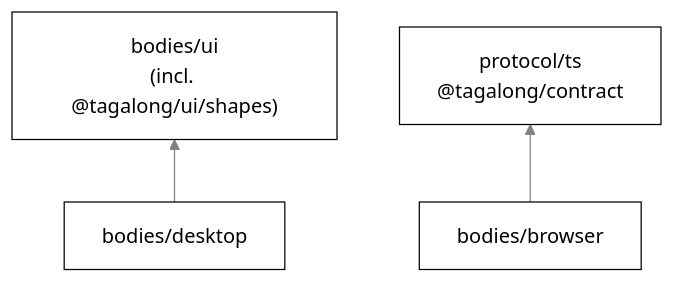
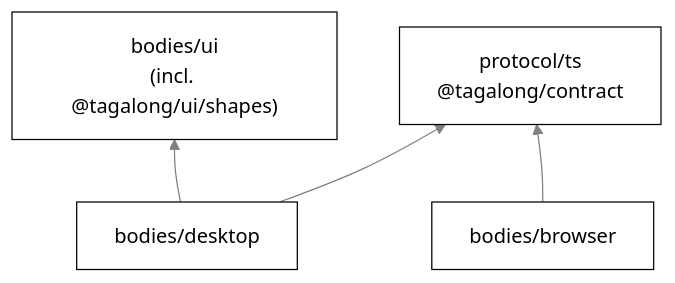
One commit to nadeem4/tagalong changed the second of 3 diagrams in docs/architecture.md. Above: the diagram before and after it, drawn with Mermaid. The commit also changed other lines of this file and 3 other files, not shown here.

Commit message:
docs: fix architecture rows and diagram, drop stale turn.warning and pageText, refresh phase skill (13d)

````diff
--- a/docs/architecture.md
+++ b/docs/architecture.md
@@ -87,10 +87,11 @@
 ```mermaid
 %%{init: {"theme": "base", "themeVariables": {"primaryColor": "#ffffff", "primaryTextColor": "#000000", "primaryBorderColor": "#000000", "lineColor": "#808080", "secondaryColor": "#f2f2f2", "tertiaryColor": "#ffffff", "clusterBkg": "#f7f7f7", "clusterBorder": "#808080", "edgeLabelBackground": "#ffffff", "titleColor": "#808080", "fontFamily": "Segoe UI, Helvetica, Arial, sans-serif"}}}%%
 flowchart BT
   U["bodies/ui<br>(incl. @tagalong/ui/shapes)"]
   D["bodies/desktop"]
   X["bodies/browser"]
   D --> U
+  D --> K
   K["protocol/ts<br>@tagalong/contract"]
   X --> K
 ```
````
